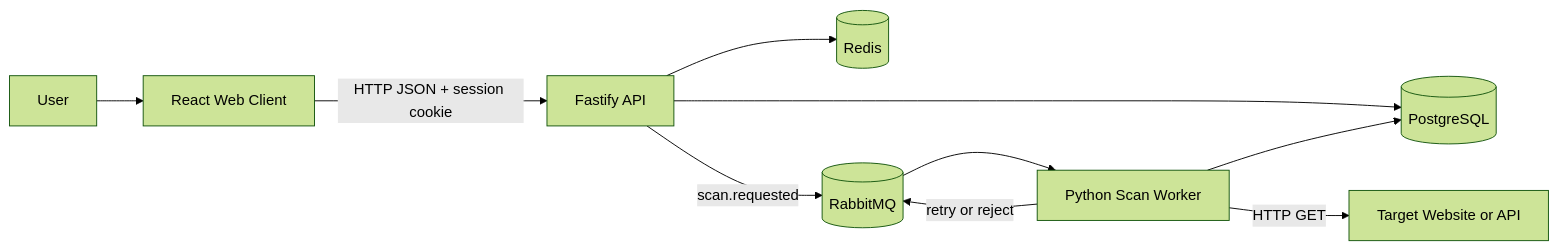
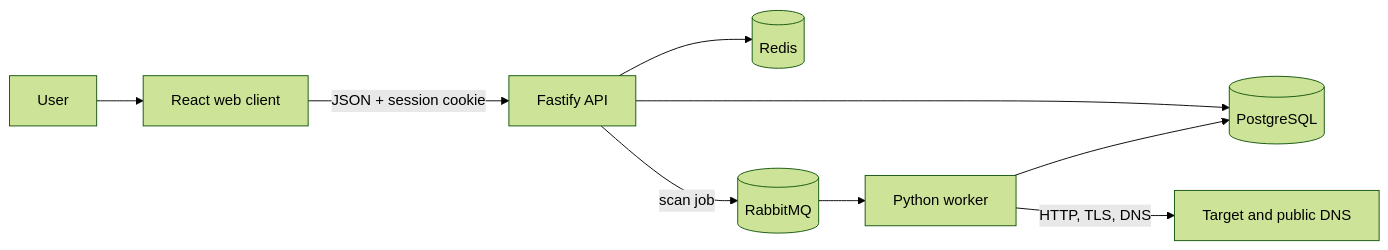
One commit to TuanOnta/OntaPulse changed the diagram in README.md. Above: the diagram before and after it, drawn with Mermaid (forest theme). The commit also changed other lines of this file and 21 other files, not shown here.

````diff
--- a/README.md
+++ b/README.md
@@ -75,12 +57,11 @@
 ```mermaid
 flowchart LR
-    User[User] --> Web[React Web Client]
-    Web -->|HTTP JSON + session cookie| API[Fastify API]
+    User[User] --> Web[React web client]
+    Web -->|JSON + session cookie| API[Fastify API]
     API --> Redis[(Redis)]
     API --> Postgres[(PostgreSQL)]
-    API -->|scan.requested| RabbitMQ[(RabbitMQ)]
-    RabbitMQ --> Worker[Python Scan Worker]
-    Worker -->|HTTP GET| Target[Target Website or API]
+    API -->|scan job| RabbitMQ[(RabbitMQ)]
+    RabbitMQ --> Worker[Python worker]
+    Worker -->|HTTP, TLS, DNS| Target[Target and public DNS]
     Worker --> Postgres
-    Worker -->|retry or reject| RabbitMQ
 ```
````
